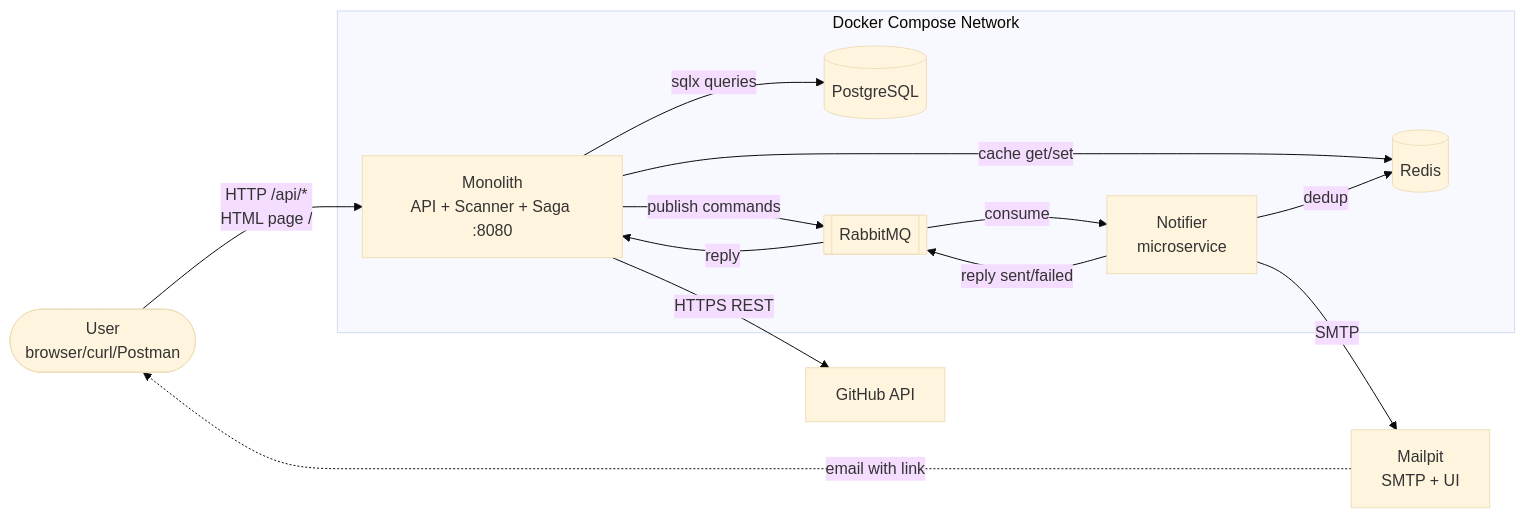
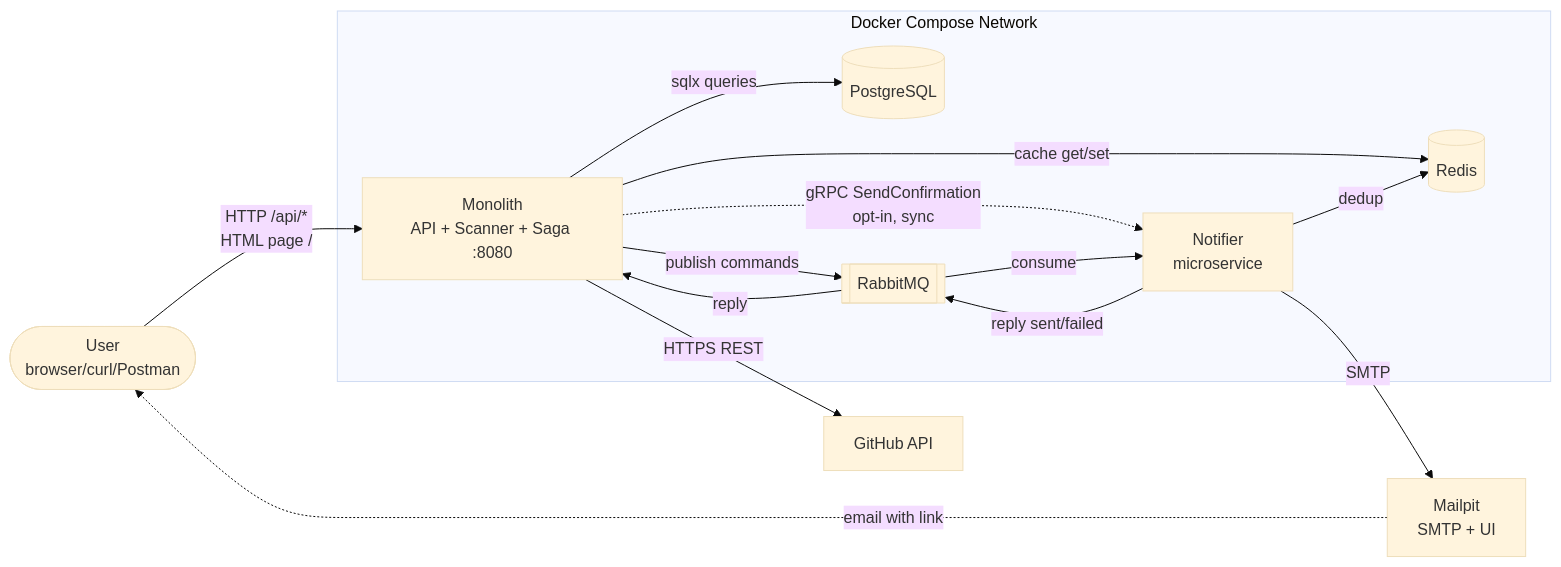
One commit to GenesisEducationKyiv/software-engineering-school-6-0-Yurii-Levchenko changed the first of 5 diagrams in system-design/README.md. Above: the diagram before and after it, drawn with Mermaid (base theme). The commit also changed other lines of this file and 1 other file, not shown here.

Commit message:
docs(hw10): document gRPC transport in system-design + README (ADR-011)

````diff
--- a/system-design/README.md
+++ b/system-design/README.md
@@ -101,26 +101,27 @@
 ```mermaid
 flowchart LR
     User([User<br/>browser/curl/Postman])
     GH[GitHub API]
     Mailpit[Mailpit<br/>SMTP + UI]
 
     subgraph "Docker Compose Network"
         App[Monolith<br/>API + Scanner + Saga :8080]
         DB[(PostgreSQL)]
         Redis[(Redis)]
         MQ[[RabbitMQ]]
         Notifier[Notifier<br/>microservice]
     end
 
     User -->|HTTP /api/*<br/>HTML page /| App
     App -->|sqlx queries| DB
     App -->|cache get/set| Redis
     App -->|HTTPS REST| GH
     App -->|publish commands| MQ
+    App -.->|gRPC SendConfirmation<br/>opt-in, sync| Notifier
     MQ -->|consume| Notifier
     Notifier -->|reply sent/failed| MQ
     MQ -->|reply| App
     Notifier -->|dedup| Redis
     Notifier -->|SMTP| Mailpit
     Mailpit -.->|email with link| User
 ```
````
